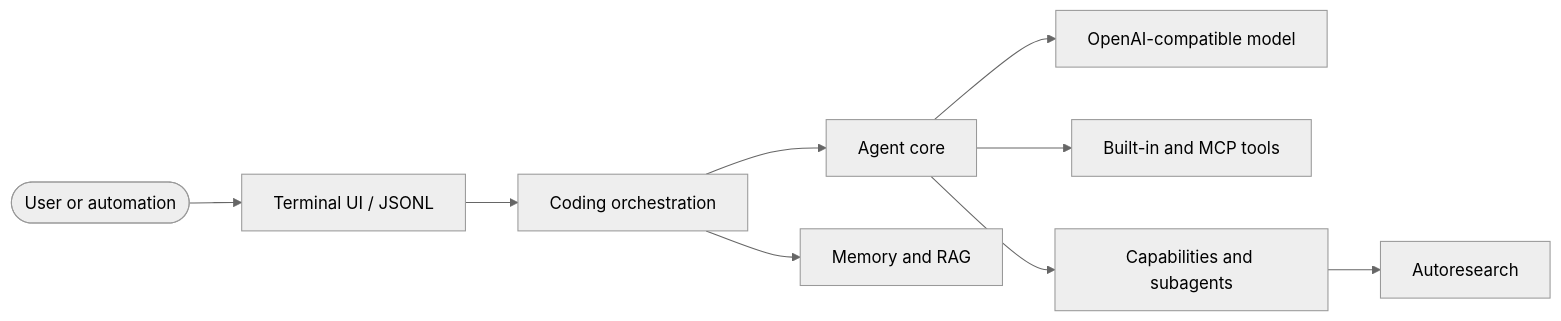
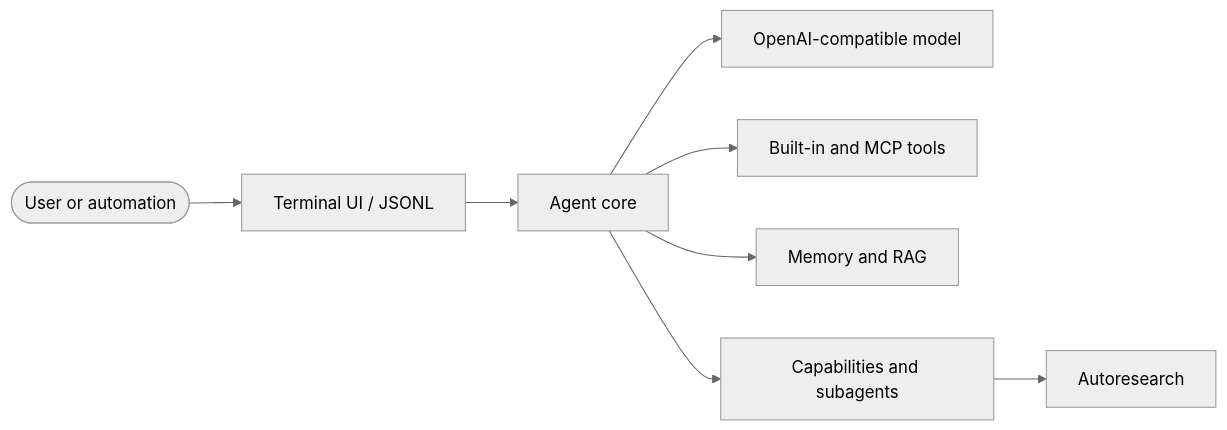
The diagram in README.md (lseman/logician), drawn with Mermaid (neutral theme) before and after one commit. The commit also changed other lines of this file and 493 other files, not shown here.

First line of the commit message:
refactor: restructure agent-core into modular architecture

````diff
--- a/README.md
+++ b/README.md
@@ -162,11 +162,10 @@
 ```mermaid
 flowchart LR
     User([User or automation]) --> TUI[Terminal UI / JSONL]
-    TUI --> Coding[Coding orchestration]
-    Coding --> Core[Agent core]
+    TUI --> Core[Agent core]
     Core --> Model[OpenAI-compatible model]
     Core --> Tools[Built-in and MCP tools]
-    Coding --> Memory[Memory and RAG]
+    Core --> Memory[Memory and RAG]
     Core --> Capabilities[Capabilities and subagents]
     Capabilities --> Research[Autoresearch]
 ```
````
